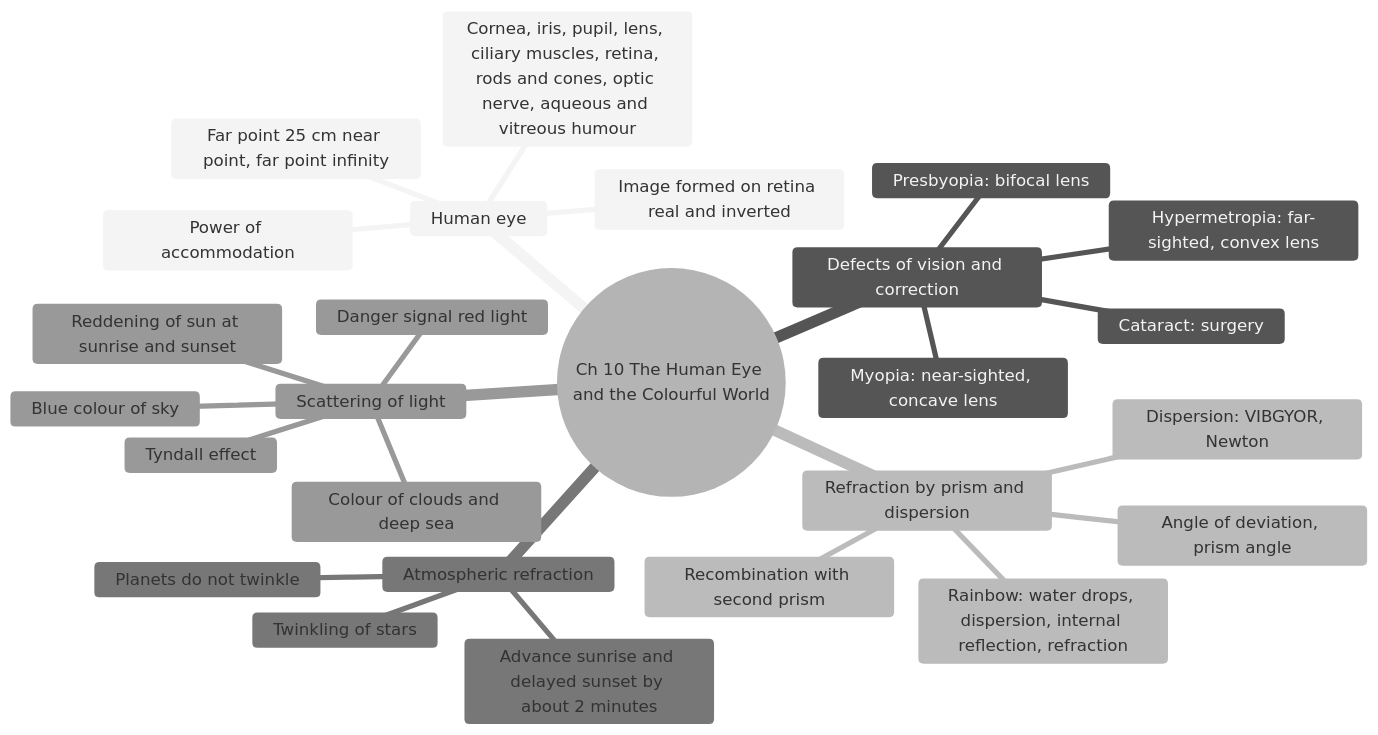
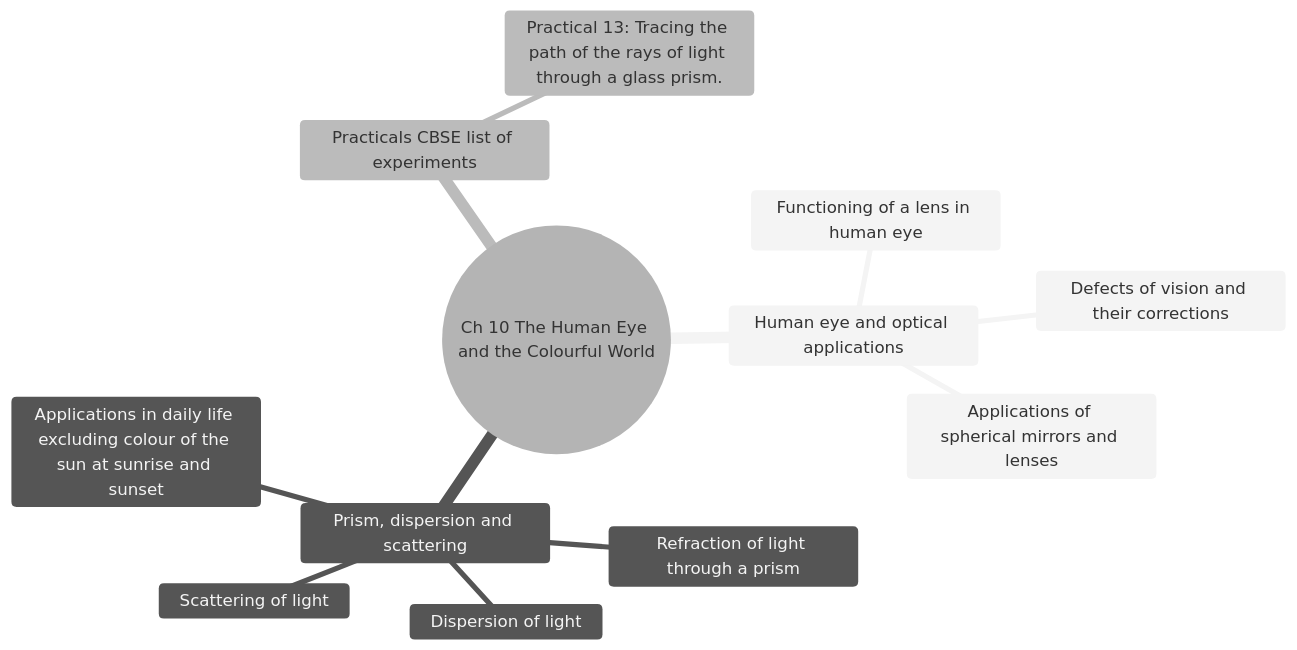
One commit to anveshix/ifinite-horizon changed the diagram in docs/chapters/X-10-the-human-eye-and-the-colourful-world.md. Above: the diagram before and after it, drawn with Mermaid (neutral theme). The commit also changed other lines of this file and 22 other files, not shown here.

First line of the commit message:
fix(mindmap): rebuild Class X deep maps from the CBSE 2026-27 PDF; correct formative-only scope (Evolution, Motor/EMI/Generator only); add PDF-derived inventory

````diff
--- a/docs/chapters/X-10-the-human-eye-and-the-colourful-world.md
+++ b/docs/chapters/X-10-the-human-eye-and-the-colourful-world.md
@@ -5,29 +5,15 @@
 ```mermaid
 mindmap
   root((Ch 10 The Human Eye and the Colourful World))
-    Human eye
-      Cornea, iris, pupil, lens, ciliary muscles, retina, rods and cones, optic nerve, aqueous and vitreous humour
-      Image formed on retina real and inverted
-      Power of accommodation
-      Far point 25 cm near point, far point infinity
-    Defects of vision and correction
-      Myopia: near-sighted, concave lens
-      Hypermetropia: far-sighted, convex lens
-      Presbyopia: bifocal lens
-      Cataract: surgery
-    Refraction by prism and dispersion
-      Angle of deviation, prism angle
-      Dispersion: VIBGYOR, Newton
-      Rainbow: water drops, dispersion, internal reflection, refraction
-      Recombination with second prism
-    Atmospheric refraction
-      Twinkling of stars
-      Advance sunrise and delayed sunset by about 2 minutes
-      Planets do not twinkle
-    Scattering of light
-      Tyndall effect
-      Blue colour of sky
-      Reddening of sun at sunrise and sunset
-      Danger signal red light
-      Colour of clouds and deep sea
+    Human eye and optical applications
+      Functioning of a lens in human eye
+      Defects of vision and their corrections
+      Applications of spherical mirrors and lenses
+    Prism, dispersion and scattering
+      Refraction of light through a prism
+      Dispersion of light
+      Scattering of light
+      Applications in daily life excluding colour of the sun at sunrise and sunset
+    Practicals CBSE list of experiments
+      Practical 13: Tracing the path of the rays of light through a glass prism.
 ```
````
